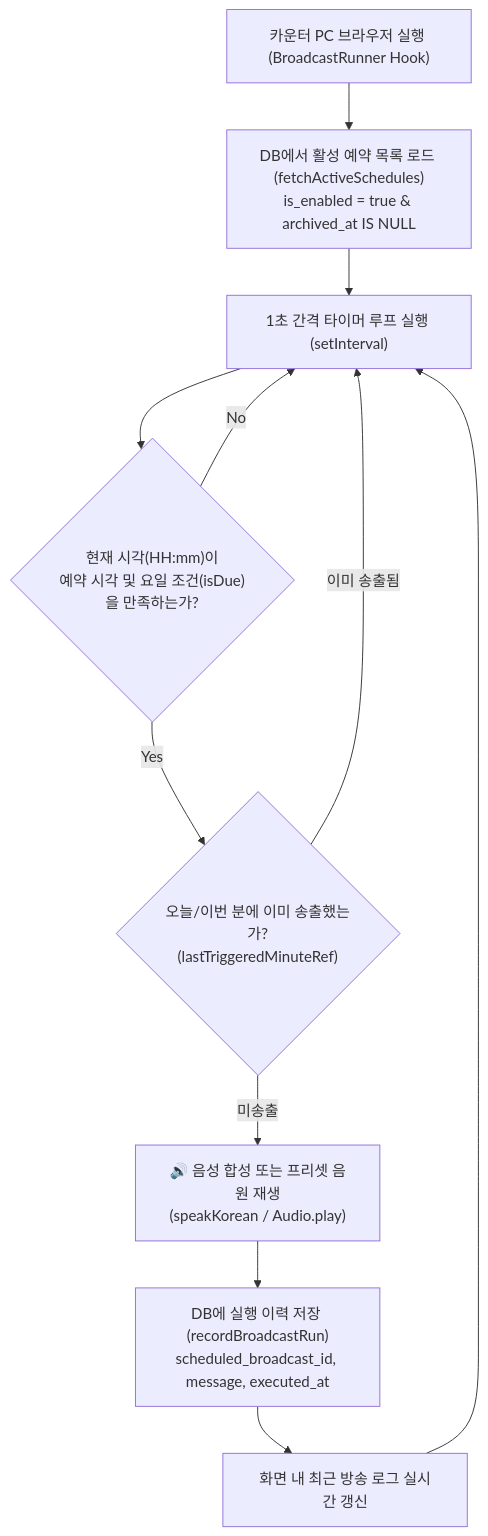
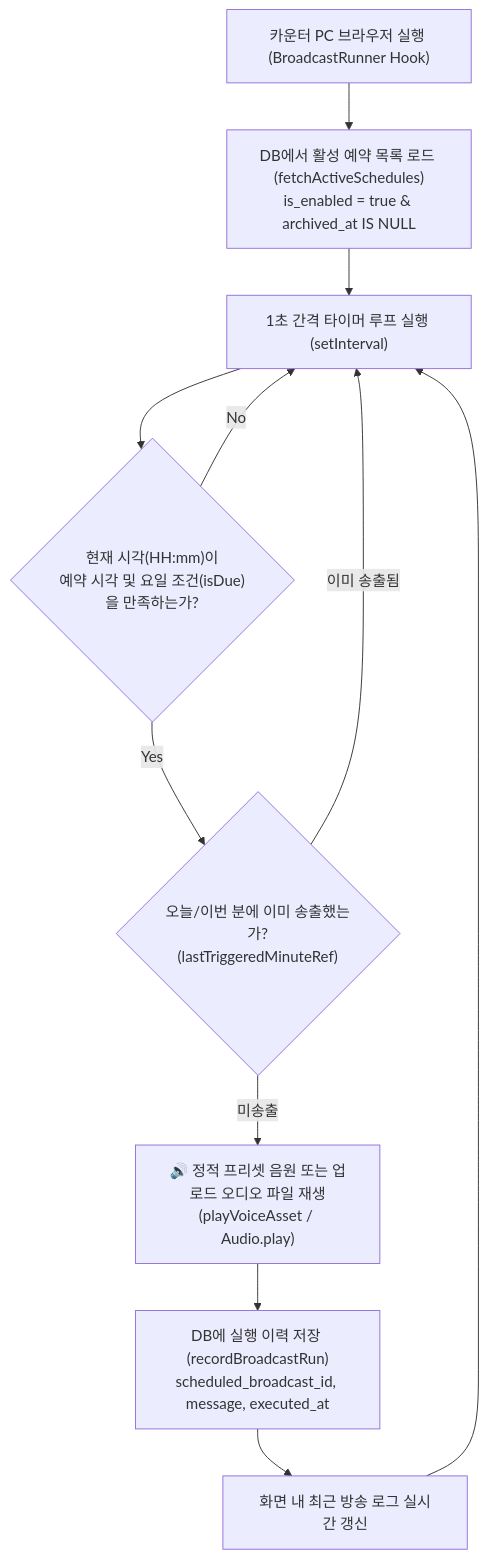
Before and after one commit to SHINJAEHEE-DEV/CartoonPlus: the third of 4 diagrams in docs/FLOWS_AND_SCENARIOS.md, drawn with Mermaid. The commit also changed other lines of this file and 4 other files, not shown here.

````diff
--- a/docs/FLOWS_AND_SCENARIOS.md
+++ b/docs/FLOWS_AND_SCENARIOS.md
@@ -88,17 +88,17 @@
 ```mermaid
 flowchart TD
     Init["카운터 PC 브라우저 실행 (BroadcastRunner Hook)"] --> Fetch["DB에서 활성 예약 목록 로드 (fetchActiveSchedules)<br/>is_enabled = true & archived_at IS NULL"]
     Fetch --> Loop["1초 간격 타이머 루프 실행 (setInterval)"]
 
     Loop --> Check{"현재 시각(HH:mm)이<br/>예약 시각 및 요일 조건(isDue)을 만족하는가?"}
 
     Check -- "No" --> Loop
     Check -- "Yes" --> Duplicate{"오늘/이번 분에 이미 송출했는가?<br/>(lastTriggeredMinuteRef)"}
 
     Duplicate -- "이미 송출됨" --> Loop
-    Duplicate -- "미송출" --> Play["🔊 음성 합성 또는 프리셋 음원 재생<br/>(speakKorean / Audio.play)"]
+    Duplicate -- "미송출" --> Play["🔊 정적 프리셋 음원 또는 업로드 오디오 파일 재생<br/>(playVoiceAsset / Audio.play)"]
 
     Play --> Record["DB에 실행 이력 저장 (recordBroadcastRun)<br/>scheduled_broadcast_id, message, executed_at"]
     Record --> UI["화면 내 최근 방송 로그 실시간 갱신"]
     UI --> Loop
 ```
````
